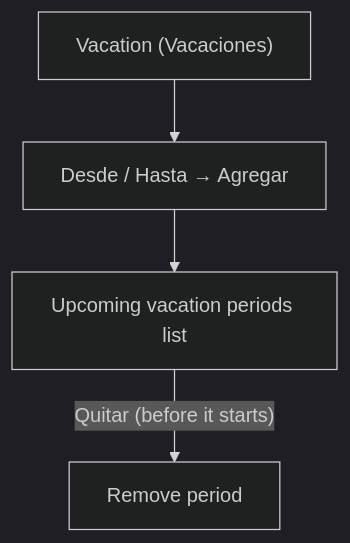
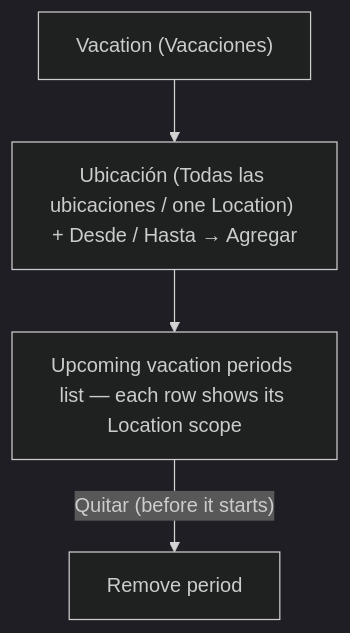
Before and after one commit to DaleneyRuben/alivia: the seventh of 10 diagrams in docs/flows/doctor-assistant-panel.md, drawn with Mermaid (dark theme). The commit also changed other lines of this file, not shown here.

Commit message:
add location scoping to vacation flow diagram

````diff
--- a/docs/flows/doctor-assistant-panel.md
+++ b/docs/flows/doctor-assistant-panel.md
@@ -144,6 +146,6 @@
 ```mermaid
 flowchart TD
-    V["Vacation (Vacaciones)"] --> F["Desde / Hasta → Agregar"]
-    F --> L["Upcoming vacation periods list"]
+    V["Vacation (Vacaciones)"] --> F["Ubicación (Todas las ubicaciones / one Location) + Desde / Hasta → Agregar"]
+    F --> L["Upcoming vacation periods list — each row shows its Location scope"]
     L -->|"Quitar (before it starts)"| R["Remove period"]
 ```
````
